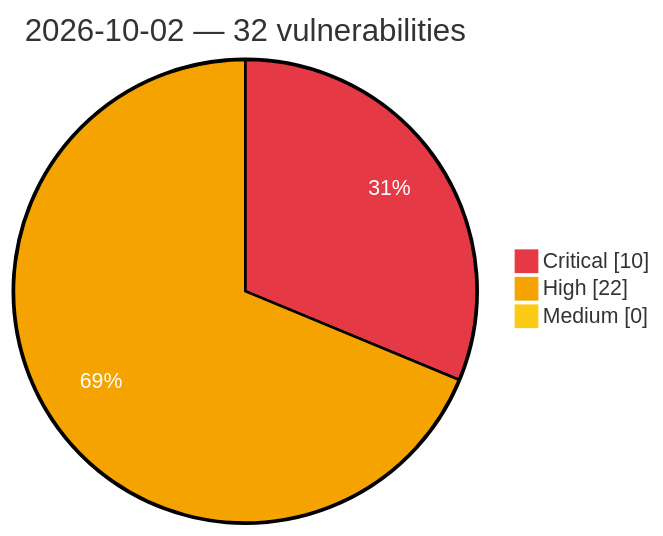
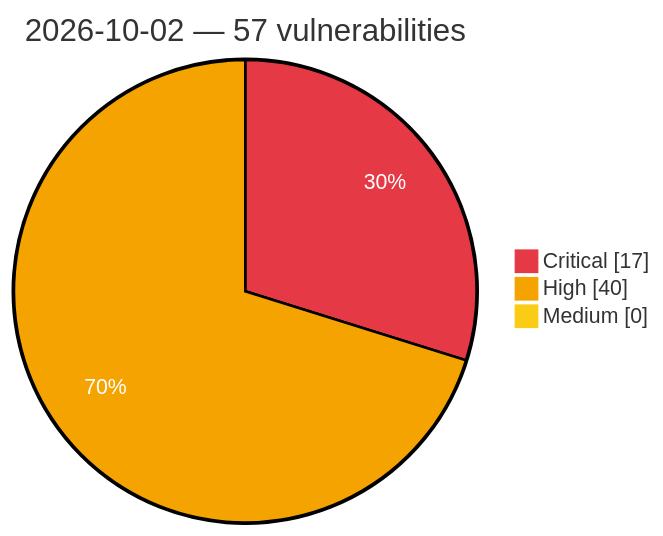
The diagram in vulnerabilities/2026/October/2026-10-02.md (GhostX0X/vuln-tracker), drawn with Mermaid before and after one commit. The commit also changed other lines of this file and 5 other files, not shown here.

Commit message:
Auto update: critical/high vulns (2026-10-02 18:03 UTC)

````diff
--- a/vulnerabilities/2026/October/2026-10-02.md
+++ b/vulnerabilities/2026/October/2026-10-02.md
@@ -3,8 +3,8 @@
 ```mermaid
 %%{init: {'theme':'base', 'themeVariables': {'pie1':'#e63946', 'pie2':'#f4a300', 'pie3':'#facc15', 'pieOpacity':'1', 'pieOuterStrokeWidth':'2px', 'pieSectionTextColor':'#ffffff'}}}%%
 pie showData
-    title 2026-10-02 — 32 vulnerabilities
-    "Critical" : 10
-    "High" : 22
+    title 2026-10-02 — 57 vulnerabilities
+    "Critical" : 17
+    "High" : 40
     "Medium" : 0
 ```
````
